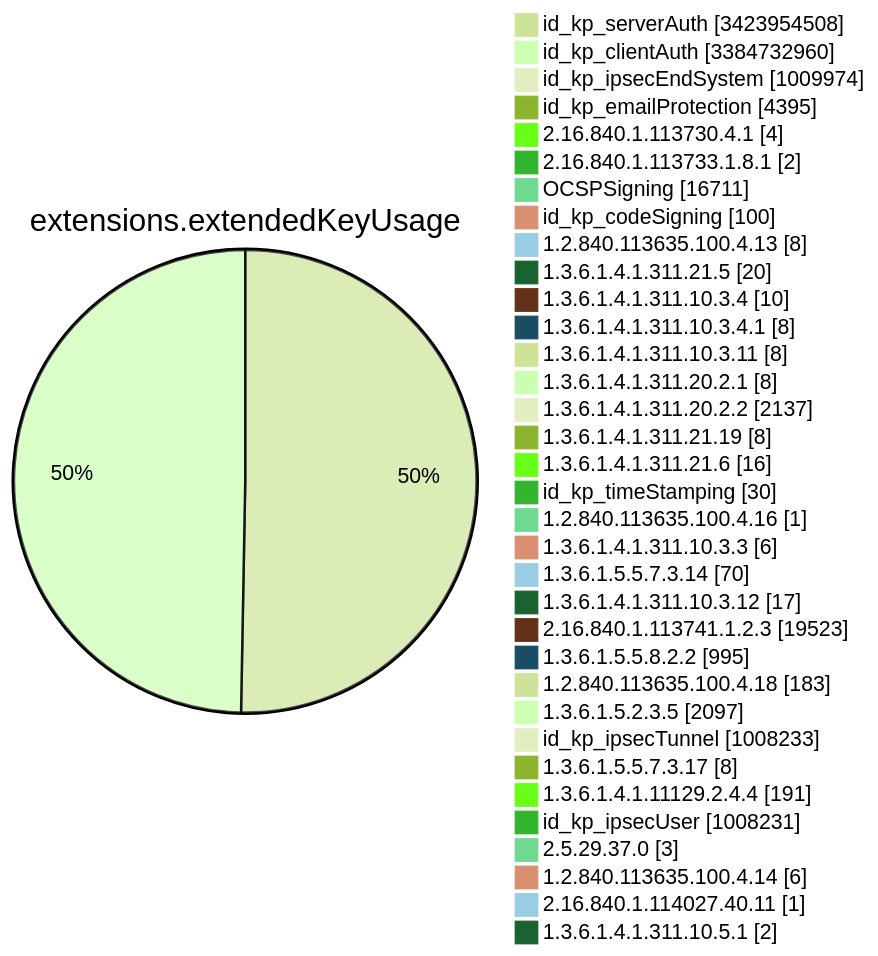
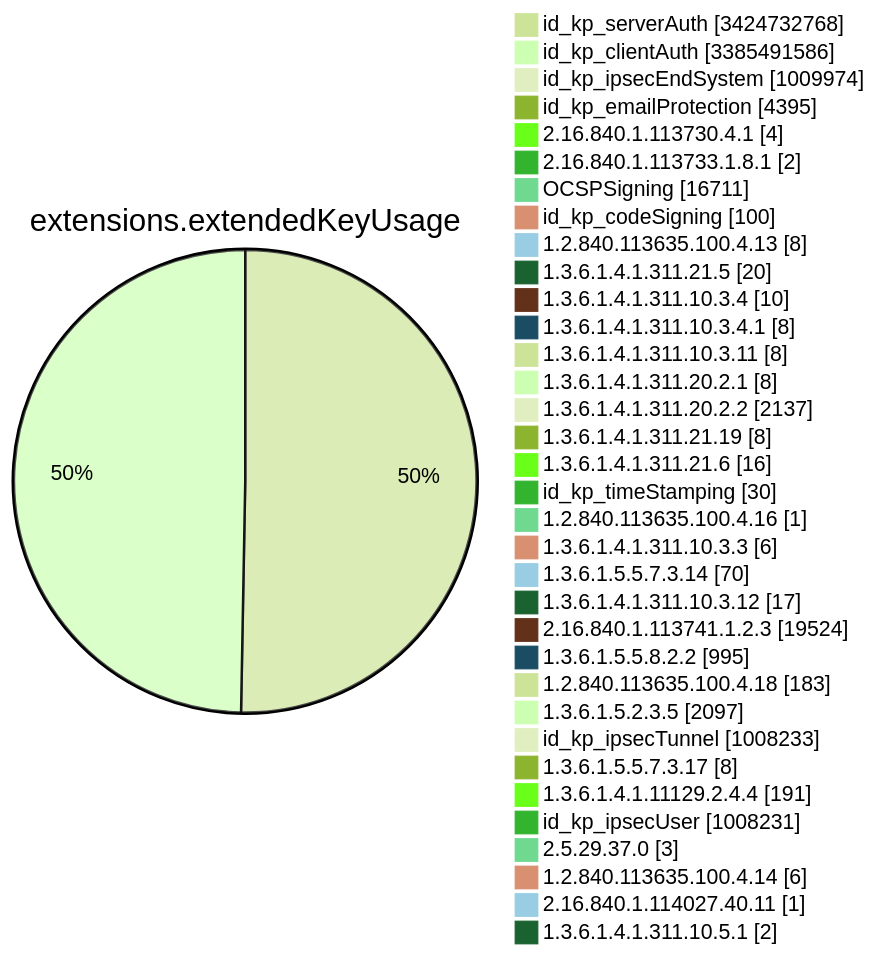
Diagram 11 of 15 in TOTAL/README.md (christiankrug/ctmonitor_visualization), drawn with Mermaid (forest theme) before and after one commit. The commit also changed other lines of this file, not shown here.

````diff
--- a/TOTAL/README.md
+++ b/TOTAL/README.md
@@ -4122,38 +4122,38 @@
 ```mermaid
 pie showData
 title extensions.extendedKeyUsage
-"id_kp_serverAuth" :3423954508
-"id_kp_clientAuth" :3384732960
+"id_kp_serverAuth" :3424732768
+"id_kp_clientAuth" :3385491586
 "id_kp_ipsecEndSystem" :1009974
 "id_kp_emailProtection" :4395
 "2.16.840.1.113730.4.1" :4
 "2.16.840.1.113733.1.8.1" :2
 "OCSPSigning" :16711
 "id_kp_codeSigning" :100
 "1.2.840.113635.100.4.13" :8
 "1.3.6.1.4.1.311.21.5" :20
 "1.3.6.1.4.1.311.10.3.4" :10
 "1.3.6.1.4.1.311.10.3.4.1" :8
 "1.3.6.1.4.1.311.10.3.11" :8
 "1.3.6.1.4.1.311.20.2.1" :8
 "1.3.6.1.4.1.311.20.2.2" :2137
 "1.3.6.1.4.1.311.21.19" :8
 "1.3.6.1.4.1.311.21.6" :16
 "id_kp_timeStamping" :30
 "1.2.840.113635.100.4.16" :1
 "1.3.6.1.4.1.311.10.3.3" :6
 "1.3.6.1.5.5.7.3.14" :70
 "1.3.6.1.4.1.311.10.3.12" :17
-"2.16.840.1.113741.1.2.3" :19523
+"2.16.840.1.113741.1.2.3" :19524
 "1.3.6.1.5.5.8.2.2" :995
 "1.2.840.113635.100.4.18" :183
 "1.3.6.1.5.2.3.5" :2097
 "id_kp_ipsecTunnel" :1008233
 "1.3.6.1.5.5.7.3.17" :8
 "1.3.6.1.4.1.11129.2.4.4" :191
 "id_kp_ipsecUser" :1008231
 "2.5.29.37.0" :3
 "1.2.840.113635.100.4.14" :6
 "2.16.840.1.114027.40.11" :1
 "1.3.6.1.4.1.311.10.5.1" :2
 ```
````
